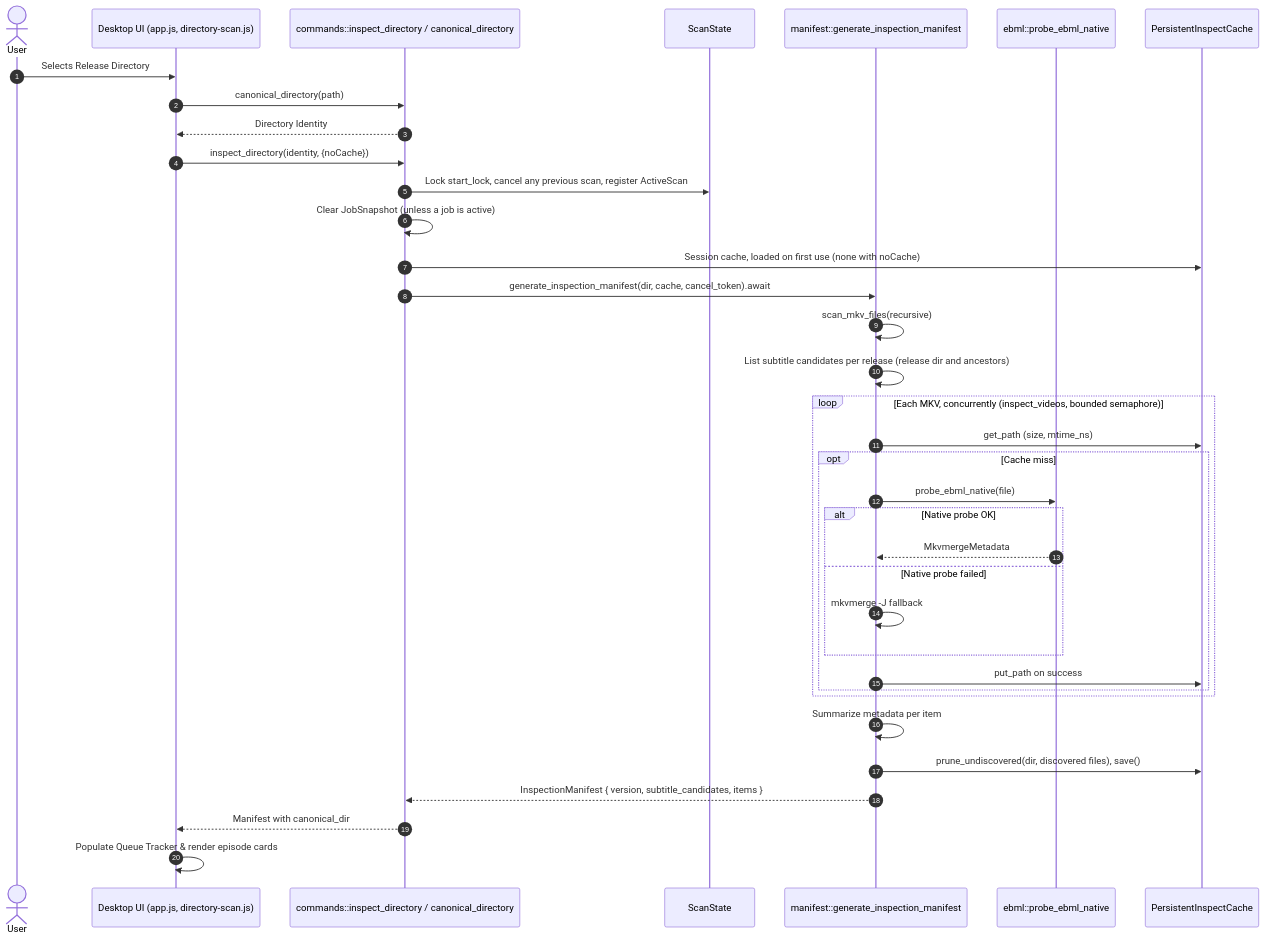
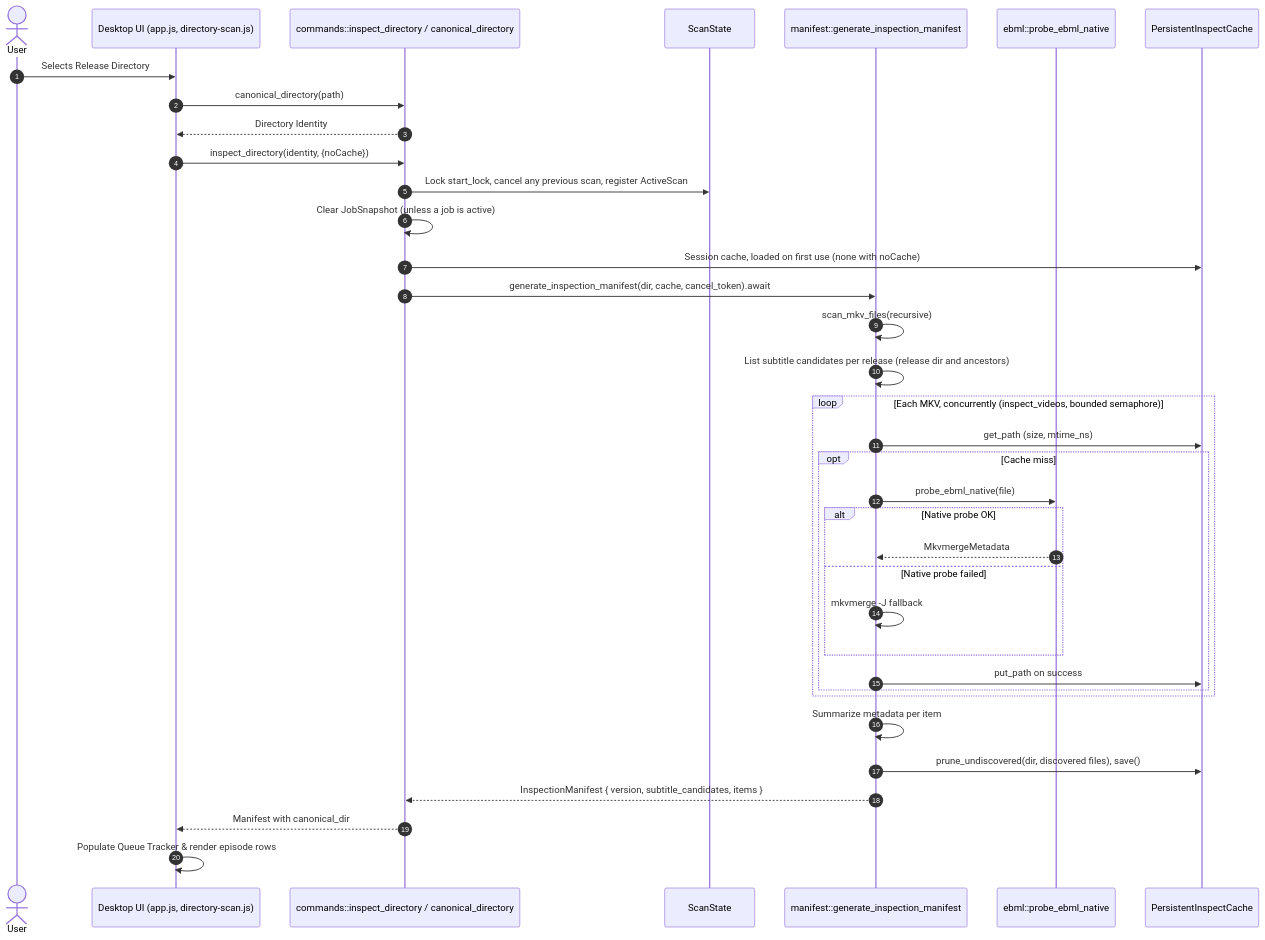
Before and after one commit to Si-Forces/mkvanimebatch: the seventh of 8 diagrams in architecture.md, drawn with Mermaid. The commit also changed other lines of this file and 12 other files, not shown here.

````diff
--- a/architecture.md
+++ b/architecture.md
@@ -627,39 +628,39 @@
 ```mermaid
 sequenceDiagram
     autonumber
     actor User
     participant UI as Desktop UI (app.js, directory-scan.js)
     participant Cmd as commands::inspect_directory / canonical_directory
     participant Scan as ScanState
     participant Core as manifest::generate_inspection_manifest
     participant EBML as ebml::probe_ebml_native
     participant Cache as PersistentInspectCache
 
     User->>UI: Selects Release Directory
     UI->>Cmd: canonical_directory(path)
     Cmd-->>UI: Directory Identity
     UI->>Cmd: inspect_directory(identity, {noCache})
     Cmd->>Scan: Lock start_lock, cancel any previous scan, register ActiveScan
     Cmd->>Cmd: Clear JobSnapshot (unless a job is active)
     Cmd->>Cache: Session cache, loaded on first use (none with noCache)
     Cmd->>Core: generate_inspection_manifest(dir, cache, cancel_token).await
     Core->>Core: scan_mkv_files(recursive)
     Core->>Core: List subtitle candidates per release (release dir and ancestors)
     loop Each MKV, concurrently (inspect_videos, bounded semaphore)
         Core->>Cache: get_path (size, mtime_ns)
         opt Cache miss
             Core->>EBML: probe_ebml_native(file)
             alt Native probe OK
                 EBML-->>Core: MkvmergeMetadata
             else Native probe failed
                 Core->>Core: mkvmerge -J fallback
             end
             Core->>Cache: put_path on success
         end
     end
     Core->>Core: Summarize metadata per item
     Core->>Cache: prune_undiscovered(dir, discovered files), save()
     Core-->>Cmd: InspectionManifest { version, subtitle_candidates, items }
     Cmd-->>UI: Manifest with canonical_dir
-    UI->>UI: Populate Queue Tracker & render episode cards
+    UI->>UI: Populate Queue Tracker & render episode rows
 ```
````
